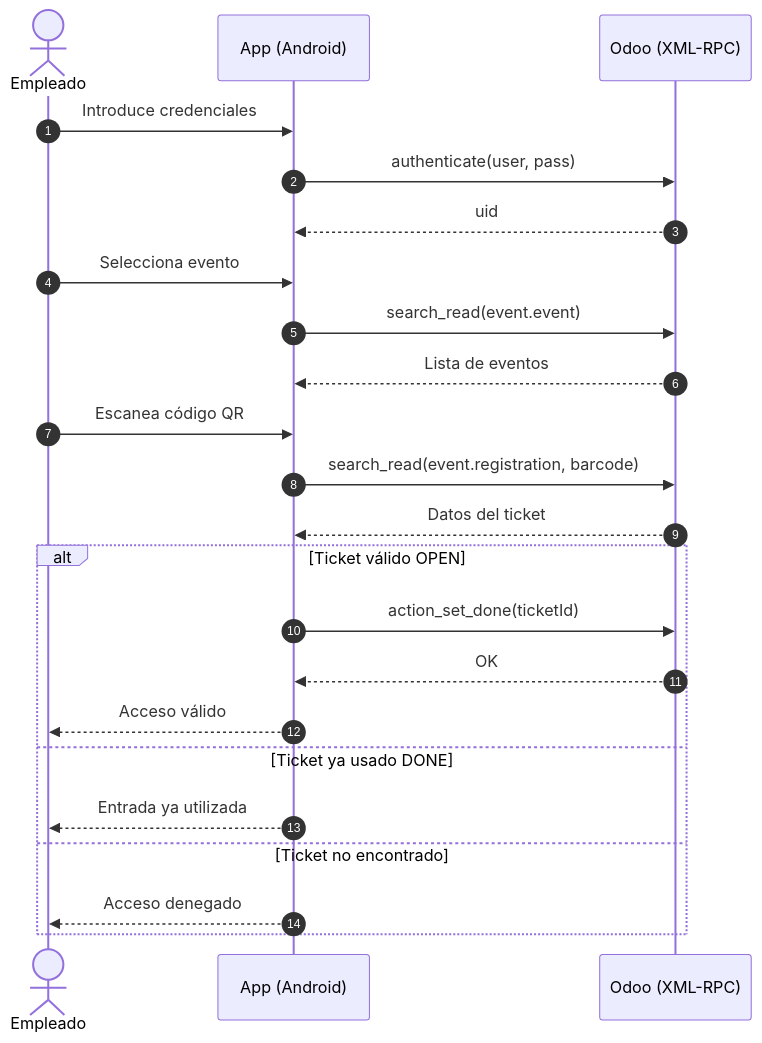
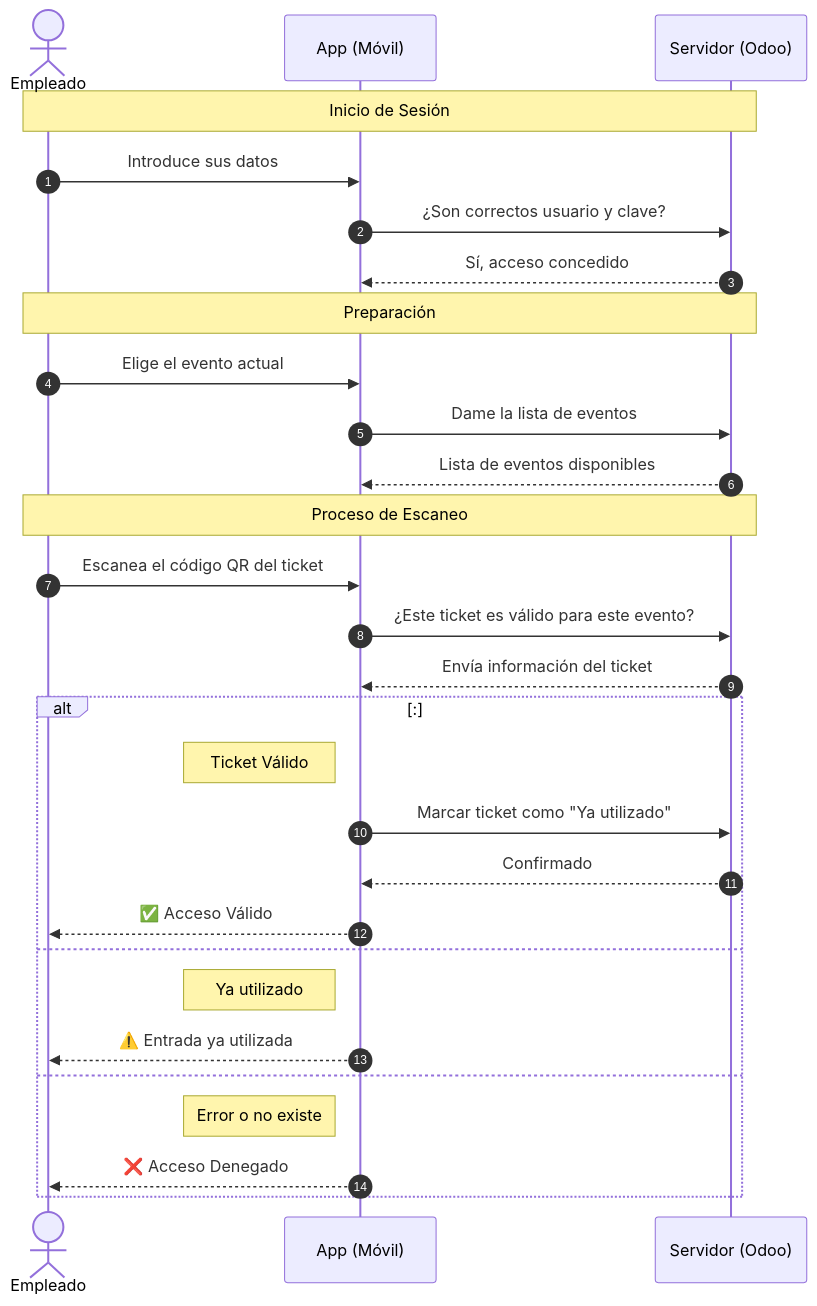
The first of 8 diagrams in README.md (ManuelPavonBuendia/AppEntradas), drawn with Mermaid before and after one commit.

Commit message:
Update sequence diagram in README.md for clarity

````diff
--- a/README.md
+++ b/README.md
@@ -26,29 +26,36 @@
 ```mermaid
 sequenceDiagram
     autonumber
     actor Empleado
-    participant App as App (Android)
-    participant Odoo as Odoo (XML-RPC)
+    participant App as App (Móvil)
+    participant Odoo as Servidor (Odoo)
 
-    Empleado->>App: Introduce credenciales
-    App->>Odoo: authenticate(user, pass)
-    Odoo-->>App: uid
+    Note over Empleado, Odoo: Inicio de Sesión
+    Empleado->>App: Introduce sus datos
+    App->>Odoo: ¿Son correctos usuario y clave?
+    Odoo-->>App: Sí, acceso concedido
 
-    Empleado->>App: Selecciona evento
-    App->>Odoo: search_read(event.event)
-    Odoo-->>App: Lista de eventos
+    Note over Empleado, Odoo: Preparación
+    Empleado->>App: Elige el evento actual
+    App->>Odoo: Dame la lista de eventos
+    Odoo-->>App: Lista de eventos disponibles
 
-    Empleado->>App: Escanea código QR
-    App->>Odoo: search_read(event.registration, barcode)
-    Odoo-->>App: Datos del ticket
+    Note over Empleado, Odoo: Proceso de Escaneo
+    Empleado->>App: Escanea el código QR del ticket
+    App->>Odoo: ¿Este ticket es válido para este evento?
+    Odoo-->>App: Envía información del ticket
 
-    alt Ticket válido OPEN
-        App->>Odoo: action_set_done(ticketId)
-        Odoo-->>App: OK
-        App-->>Empleado: Acceso válido
-    else Ticket ya usado DONE
-        App-->>Empleado: Entrada ya utilizada
-    else Ticket no encontrado
-        App-->>Empleado: Acceso denegado
+   alt:
+        Note left of App: Ticket Válido
+        App->>Odoo: Marcar ticket como "Ya utilizado"
+        Odoo-->>App: Confirmado
+        App-->>Empleado: ✅ Acceso Válido
+    else 
+        Note left of App: Ya utilizado
+        App-->>Empleado: ⚠️ Entrada ya utilizada
+    else 
+        Note left of App: Error o no existe
+        App-->>Empleado: ❌ Acceso Denegado
     end
+
 ```
````
